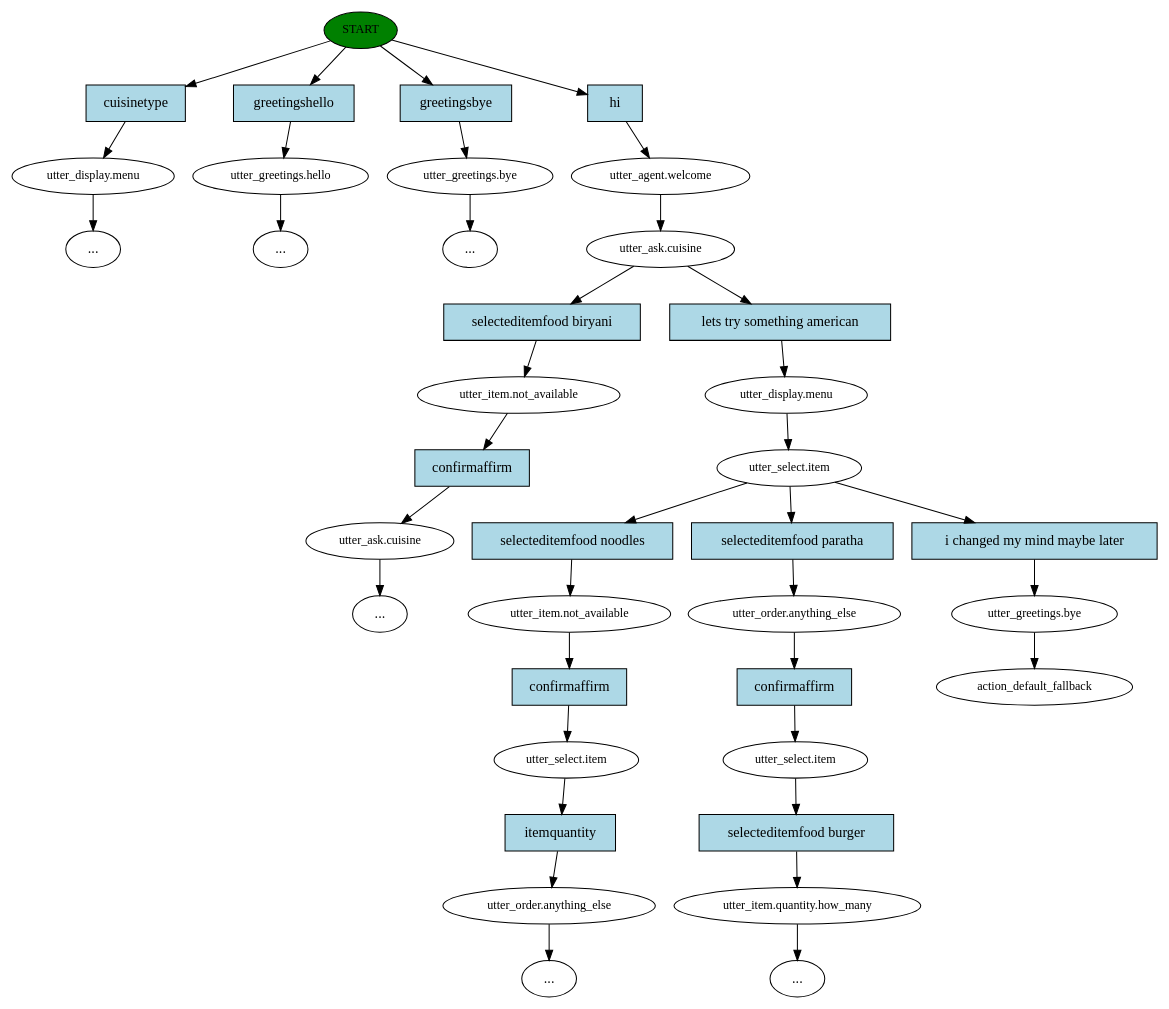
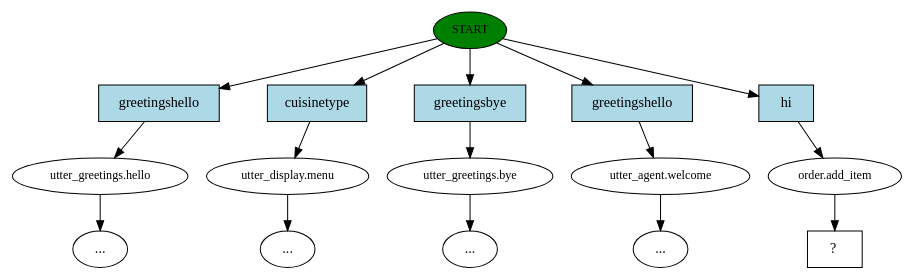
One commit to bellamkondaprakash/Food_service_bot changed the diagram in story_graph.dot. Above: the diagram before and after it, drawn with Graphviz. The commit also changed 24 other files, not shown here.

```diff
--- a/story_graph.dot
+++ b/story_graph.dot
@@ -1,77 +1,33 @@
 digraph  {
-0 [label=START, fillcolor=green, style=filled, fontsize=12, class="start active"];
-1 [label="utter_display.menu", fontsize=12, class=""];
-2 [label="utter_greetings.hello", fontsize=12, class=""];
-4 [label="utter_greetings.bye", fontsize=12, class=""];
-"-6" [label="...", class=ellipsis];
-"-8" [label="...", class=ellipsis];
-7 [label="utter_agent.welcome", fontsize=12, class=active];
-8 [label="utter_ask.cuisine", fontsize=12, class=active];
-9 [label="utter_item.not_available", fontsize=12, class=""];
-10 [label="utter_ask.cuisine", fontsize=12, class=""];
-"-9" [label="...", class=ellipsis];
-16 [label="utter_display.menu", fontsize=12, class=active];
-17 [label="utter_select.item", fontsize=12, class=active];
-18 [label="utter_item.not_available", fontsize=12, class=""];
-19 [label="utter_select.item", fontsize=12, class=""];
-20 [label="utter_order.anything_else", fontsize=12, class=""];
-"-13" [label="...", class=ellipsis];
-25 [label="utter_order.anything_else", fontsize=12, class=""];
-26 [label="utter_select.item", fontsize=12, class=""];
-27 [label="utter_item.quantity.how_many", fontsize=12, class=""];
-"-14" [label="...", class=ellipsis];
-"-16" [label="...", class=ellipsis];
-34 [label="utter_greetings.bye", fontsize=12, class=active];
-35 [label=action_default_fallback, fontsize=12, class="dashed active"];
-36 [label=cuisinetype, shape=rect, style=filled, fillcolor=lightblue, class=intent];
-37 [label=greetingshello, shape=rect, style=filled, fillcolor=lightblue, class=intent];
-38 [label=greetingsbye, shape=rect, style=filled, fillcolor=lightblue, class=intent];
-39 [label=hi, shape=rect, style=filled, fillcolor=lightblue, class="intent active"];
-40 [label="selecteditemfood biryani", shape=rect, style=filled, fillcolor=lightblue, class=intent];
-41 [label="lets try something american", shape=rect, style=filled, fillcolor=lightblue, class="intent active"];
-42 [label=confirmaffirm, shape=rect, style=filled, fillcolor=lightblue, class=intent];
-43 [label="selecteditemfood noodles", shape=rect, style=filled, fillcolor=lightblue, class=intent];
-44 [label="selecteditemfood paratha", shape=rect, style=filled, fillcolor=lightblue, class=intent];
-45 [label="i changed my mind maybe later", shape=rect, style=filled, fillcolor=lightblue, class="intent active"];
-46 [label=confirmaffirm, shape=rect, style=filled, fillcolor=lightblue, class=intent];
-47 [label=itemquantity, shape=rect, style=filled, fillcolor=lightblue, class=intent];
-48 [label=confirmaffirm, shape=rect, style=filled, fillcolor=lightblue, class=intent];
-49 [label="selecteditemfood burger", shape=rect, style=filled, fillcolor=lightblue, class=intent];
-0 -> 36  [key=0, class=""];
-0 -> 37  [key=0, class=""];
-0 -> 38  [key=0, class=""];
-0 -> 39  [key=0, class=active];
-1 -> "-16"  [key=NONE, label="", class=""];
-2 -> "-8"  [key=NONE, label="", class=""];
-4 -> "-6"  [key=NONE, label="", class=""];
-7 -> 8  [key=NONE, label="", class=active];
-8 -> 40  [key=0, class=""];
-8 -> 41  [key=0, class=active];
-9 -> 42  [key=0, class=""];
-10 -> "-9"  [key=NONE, label="", class=""];
-16 -> 17  [key=NONE, label="", class=active];
-17 -> 43  [key=0, class=""];
-17 -> 44  [key=0, class=""];
-17 -> 45  [key=0, class=active];
-18 -> 46  [key=0, class=""];
-19 -> 47  [key=0, class=""];
-20 -> "-13"  [key=NONE, label="", class=""];
-25 -> 48  [key=0, class=""];
-26 -> 49  [key=0, class=""];
-27 -> "-14"  [key=NONE, label="", class=""];
-34 -> 35  [key=NONE, label="", class=active];
-36 -> 1  [key=0, class=""];
-37 -> 2  [key=0, class=""];
-38 -> 4  [key=0, class=""];
-39 -> 7  [key=0, class=active];
-40 -> 9  [key=0, class=""];
-41 -> 16  [key=0, class=active];
-42 -> 10  [key=0, class=""];
-43 -> 18  [key=0, class=""];
-44 -> 25  [key=0, class=""];
-45 -> 34  [key=0, class=active];
-46 -> 19  [key=0, class=""];
-47 -> 20  [key=0, class=""];
-48 -> 26  [key=0, class=""];
-49 -> 27  [key=0, class=""];
+0 [class="start active", fillcolor=green, fontsize=12, label=START, style=filled];
+1 [class="", fontsize=12, label="utter_greetings.hello"];
+2 [class="", fontsize=12, label="utter_display.menu"];
+"-10" [class=ellipsis, label="..."];
+9 [class="", fontsize=12, label="utter_greetings.bye"];
+"-11" [class=ellipsis, label="..."];
+"-13" [class=ellipsis, label="..."];
+12 [class="", fontsize=12, label="utter_agent.welcome"];
+"-17" [class=ellipsis, label="..."];
+16 [class=active, fontsize=12, label="order.add_item"];
+17 [class="intent dashed active", label="  ?  ", shape=rect];
+18 [class=intent, fillcolor=lightblue, label=greetingshello, shape=rect, style=filled];
+19 [class=intent, fillcolor=lightblue, label=cuisinetype, shape=rect, style=filled];
+20 [class=intent, fillcolor=lightblue, label=greetingsbye, shape=rect, style=filled];
+21 [class=intent, fillcolor=lightblue, label=greetingshello, shape=rect, style=filled];
+22 [class="intent active", fillcolor=lightblue, label=hi, shape=rect, style=filled];
+0 -> 18  [class="", key=0];
+0 -> 19  [class="", key=0];
+0 -> 20  [class="", key=0];
+0 -> 21  [class="", key=0];
+0 -> 22  [class=active, key=0];
+1 -> "-13"  [class="", key=NONE, label=""];
+2 -> "-10"  [class="", key=NONE, label=""];
+9 -> "-11"  [class="", key=NONE, label=""];
+12 -> "-17"  [class="", key=NONE, label=""];
+16 -> 17  [class=active, key=NONE, label=""];
+18 -> 1  [class="", key=0];
+19 -> 2  [class="", key=0];
+20 -> 9  [class="", key=0];
+21 -> 12  [class="", key=0];
+22 -> 16  [class=active, key=0];
 }
```
